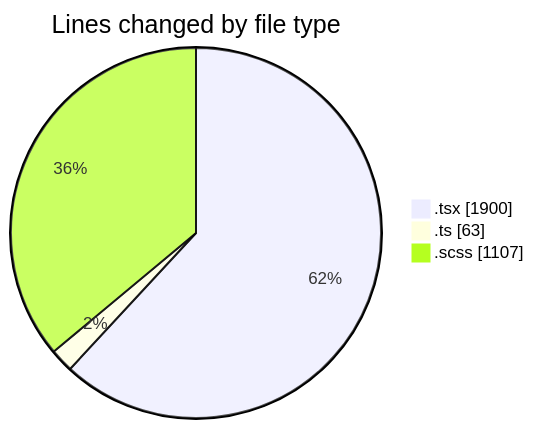
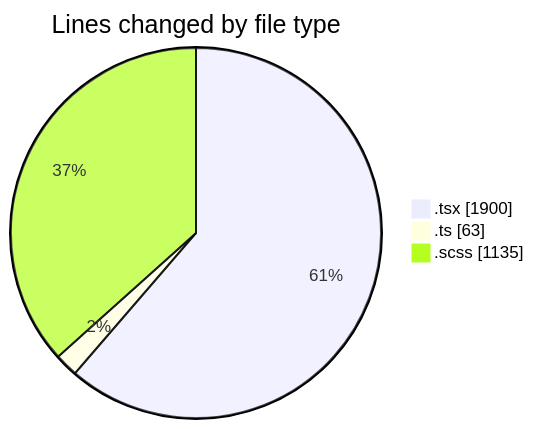
One commit to momahboobian/code-tracking changed the first of 2 diagrams in 2025-04-02/cda/README.md. Above: the diagram before and after it, drawn with Mermaid. The commit also changed other lines of this file and 1 other file, not shown here.

````diff
--- a/2025-04-02/cda/README.md
+++ b/2025-04-02/cda/README.md
@@ -30,7 +30,7 @@
 ```mermaid
 pie showData
 title Lines changed by file type
 ".tsx" : 1900
 ".ts" : 63
-".scss" : 1107
+".scss" : 1135
 ```
````
